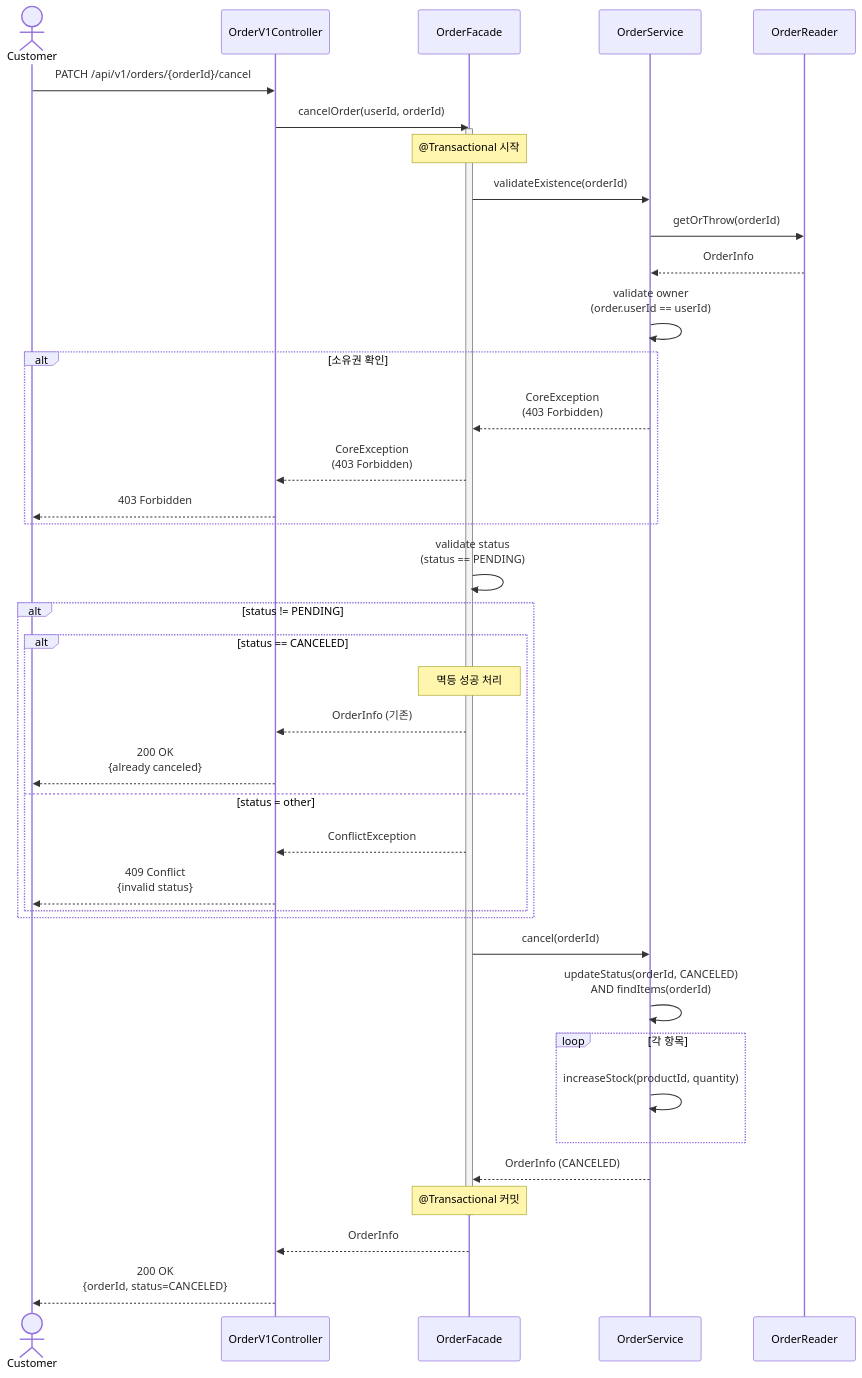
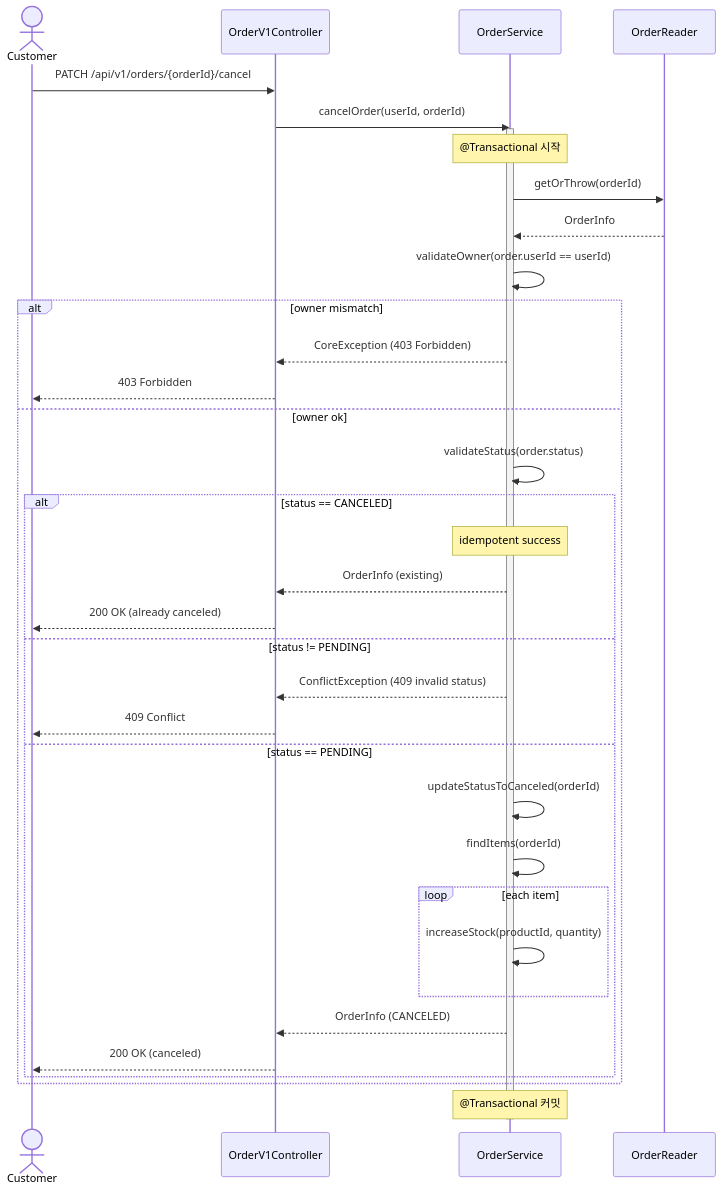
Before and after one commit to YoHanKi/loop-pack-be-l2-vol3-java: the second of 5 diagrams in docs/design/02-sequence-diagrams.md, drawn with Mermaid. The commit also changed other lines of this file, not shown here.

Commit message:
docs(sequence-diagrams): 시퀀스 다이어 그램 내에 기존 파사드가 Reader, Service를 함께 호출하는 방향에서 Service 만 의존한다면 Facade의 의미가 퇴색되어 삭제.

````diff
--- a/docs/design/02-sequence-diagrams.md
+++ b/docs/design/02-sequence-diagrams.md
@@ -87,57 +84,54 @@
 ```mermaid
 sequenceDiagram
     actor Customer
     participant Controller as OrderV1Controller
-    participant Facade as OrderFacade
     participant OrderService as OrderService
     participant OrderReader as OrderReader
 
     Customer->>Controller: PATCH /api/v1/orders/{orderId}/cancel
-    Controller->>Facade: cancelOrder(userId, orderId)
+    Controller->>OrderService: cancelOrder(userId, orderId)
 
-    activate Facade
-    Note over Facade: @Transactional 시작
+    activate OrderService
+    Note over OrderService: @Transactional 시작
 
     %% 주문 조회
-    Facade->>OrderService: validateExistence(orderId)
     OrderService->>OrderReader: getOrThrow(orderId)
     OrderReader-->>OrderService: OrderInfo
 
     %% 소유권 확인
-    OrderService->>OrderService: validate owner<br/>(order.userId == userId)
-    alt 소유권 확인
-        OrderService-->>Facade: CoreException<br/>(403 Forbidden)
-        Facade-->>Controller: CoreException<br/>(403 Forbidden)
+    OrderService->>OrderService: validateOwner(order.userId == userId)
+    alt owner mismatch
+        OrderService-->>Controller: CoreException (403 Forbidden)
         Controller-->>Customer: 403 Forbidden
-    end
+    else owner ok
 
-    %% 상태 확인
-    Facade->>Facade: validate status<br/>(status == PENDING)
-    alt status != PENDING
+        %% 상태 확인 (멱등 포함)
+        OrderService->>OrderService: validateStatus(order.status)
         alt status == CANCELED
-            Note over Facade: 멱등 성공 처리
-            Facade-->>Controller: OrderInfo (기존)
-            Controller-->>Customer: 200 OK<br/>{already canceled}
-        else status = other
-            Facade-->>Controller: ConflictException
-            Controller-->>Customer: 409 Conflict<br/>{invalid status}
+            Note over OrderService: idempotent success
+            OrderService-->>Controller: OrderInfo (existing)
+            Controller-->>Customer: 200 OK (already canceled)
+        else status != PENDING
+            OrderService-->>Controller: ConflictException (409 invalid status)
+            Controller-->>Customer: 409 Conflict
+        else status == PENDING
+
+            %% 상태 전이 + 아이템 조회
+            OrderService->>OrderService: updateStatusToCanceled(orderId)
+            OrderService->>OrderService: findItems(orderId)
+
+            %% 재고 복구
+            loop each item
+                OrderService->>OrderService: increaseStock(productId, quantity)
+            end
+
+            OrderService-->>Controller: OrderInfo (CANCELED)
+            Controller-->>Customer: 200 OK (canceled)
+
         end
     end
 
-    %% 상태 전이
-    Facade->>OrderService: cancel(orderId)
-    OrderService->>OrderService: updateStatus(orderId, CANCELED)<br/>AND findItems(orderId)
+    Note over OrderService: @Transactional 커밋
+    deactivate OrderService
 
-    %% 재고 복구
-    loop 각 항목
-        OrderService->>OrderService: increaseStock(productId, quantity)
-    end
-
-    OrderService-->>Facade: OrderInfo (CANCELED)
-
-    Note over Facade: @Transactional 커밋
-    deactivate Facade
-
-    Facade-->>Controller: OrderInfo
-    Controller-->>Customer: 200 OK<br/>{orderId, status=CANCELED}
 ```
````
